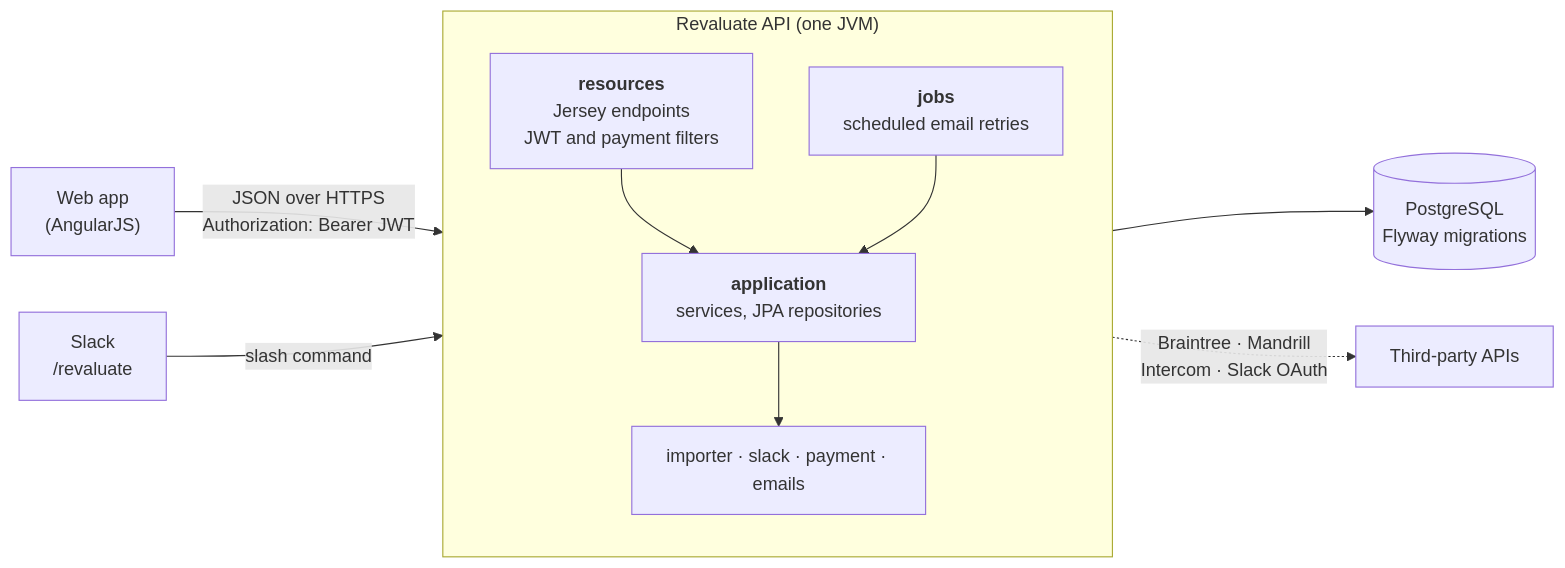
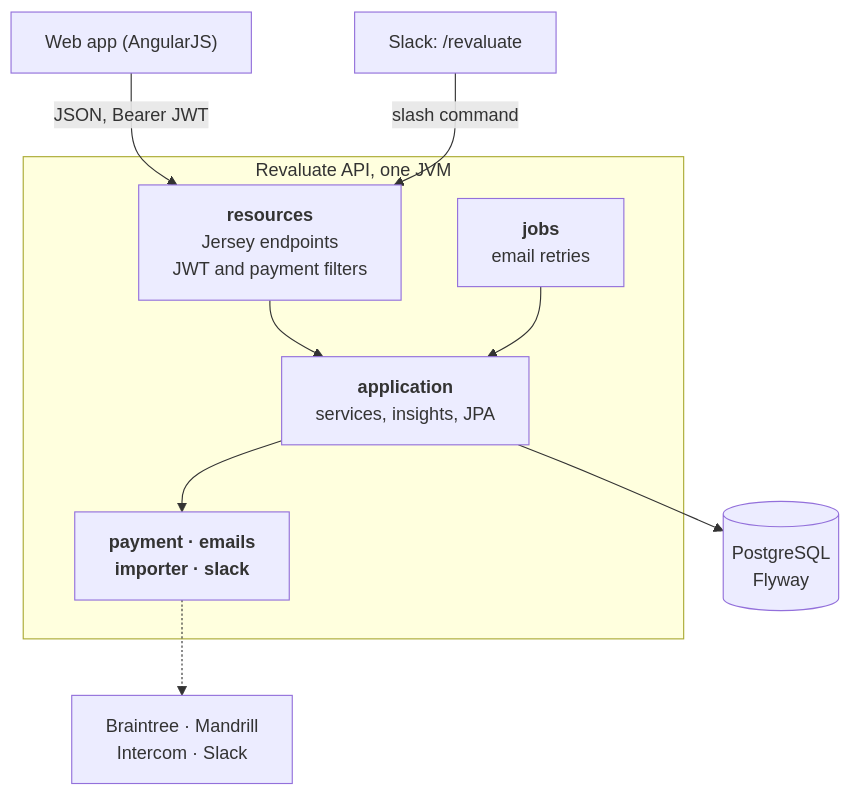
One commit to ioanlucut/revaluate-api changed the first of 3 diagrams in README.md. Above: the diagram before and after it, drawn with Mermaid. The commit also changed other lines of this file and 1 other file, not shown here.

````diff
--- a/README.md
+++ b/README.md
@@ -72,20 +75,18 @@
 ```mermaid
-flowchart LR
-    W["Web app<br/>(AngularJS)"]
-    S["Slack<br/>/revaluate"]
-    subgraph api["Revaluate API (one JVM)"]
-        direction TB
+flowchart TB
+    W["Web app (AngularJS)"]
+    S["Slack: /revaluate"]
+    subgraph api["Revaluate API, one JVM"]
         R["<b>resources</b><br/>Jersey endpoints<br/>JWT and payment filters"]
-        A["<b>application</b><br/>services, JPA repositories"]
-        J["<b>jobs</b><br/>scheduled email retries"]
-        I["importer · slack · payment · emails"]
+        A["<b>application</b><br/>services, insights, JPA"]
+        J["<b>jobs</b><br/>email retries"]
+        I["<b>payment · emails<br/>importer · slack</b>"]
         R --> A
         J --> A
         A --> I
     end
-    DB[("PostgreSQL<br/>Flyway migrations")]
-    W -- "JSON over HTTPS<br/>Authorization: Bearer JWT" --> R
+    W -- "JSON, Bearer JWT" --> R
     S -- "slash command" --> R
-    A --> DB
-    I -. "Braintree · Mandrill<br/>Intercom · Slack OAuth" .-> X["Third-party APIs"]
+    A --> DB[("PostgreSQL<br/>Flyway")]
+    I -.-> X["Braintree · Mandrill<br/>Intercom · Slack"]
 ```
````
